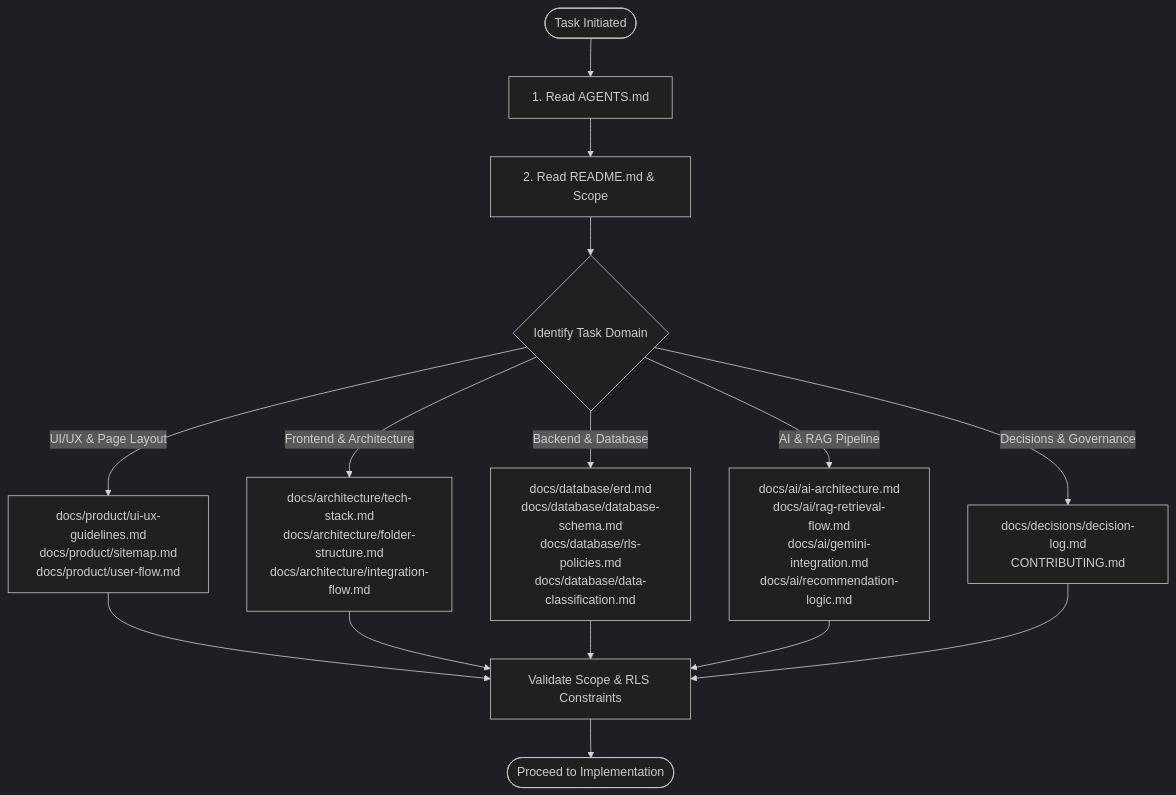
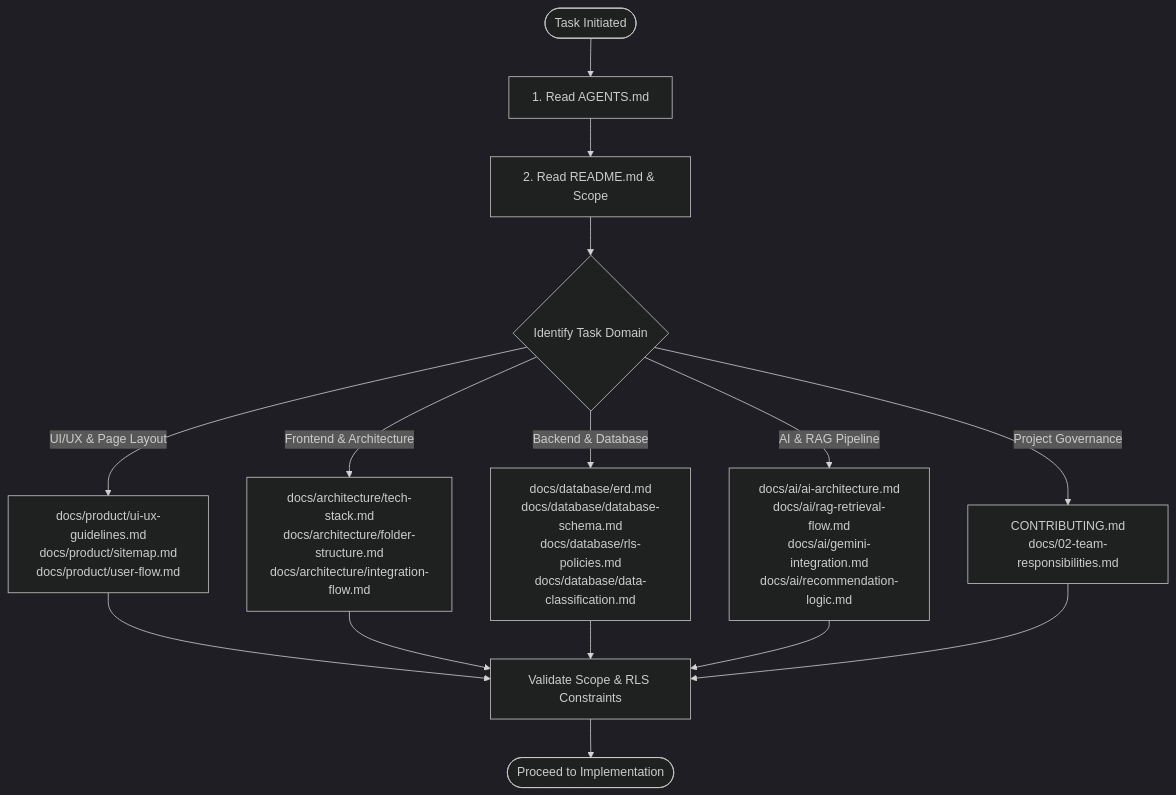
The diagram in AGENTS.md (salwanettaa/Campus-Compass), drawn with Mermaid (dark theme) before and after one commit. The commit also changed other lines of this file and 5 other files, not shown here.

Commit message:
docs: remove decision-log and update domain cross-references

````diff
--- a/AGENTS.md
+++ b/AGENTS.md
@@ -65,13 +65,13 @@
 ```mermaid
 flowchart TD
     Start([Task Initiated]) --> A[1. Read AGENTS.md]
     A --> B[2. Read README.md & Scope]
     B --> C{Identify Task Domain}
     C -->|UI/UX & Page Layout| D[docs/product/ui-ux-guidelines.md<br/>docs/product/sitemap.md<br/>docs/product/user-flow.md]
     C -->|Frontend & Architecture| E[docs/architecture/tech-stack.md<br/>docs/architecture/folder-structure.md<br/>docs/architecture/integration-flow.md]
     C -->|Backend & Database| F[docs/database/erd.md<br/>docs/database/database-schema.md<br/>docs/database/rls-policies.md<br/>docs/database/data-classification.md]
     C -->|AI & RAG Pipeline| G[docs/ai/ai-architecture.md<br/>docs/ai/rag-retrieval-flow.md<br/>docs/ai/gemini-integration.md<br/>docs/ai/recommendation-logic.md]
-    C -->|Decisions & Governance| H[docs/decisions/decision-log.md<br/>CONTRIBUTING.md]
+    C -->|Project Governance| H[CONTRIBUTING.md<br/>docs/02-team-responsibilities.md]
     D & E & F & G & H --> Verify[Validate Scope & RLS Constraints]
     Verify --> Execute([Proceed to Implementation])
 ```
````
